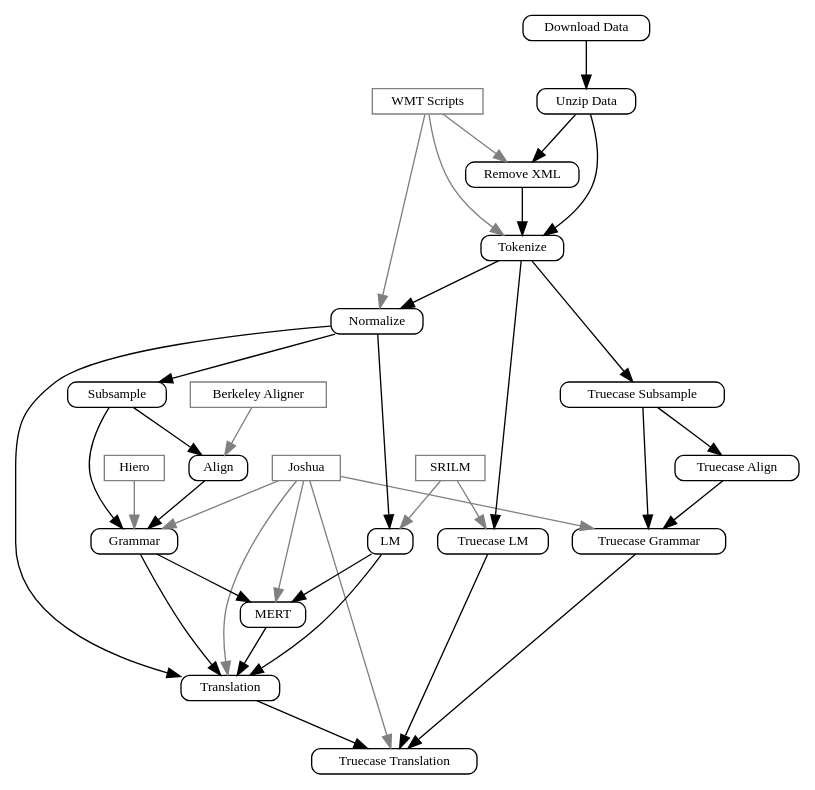
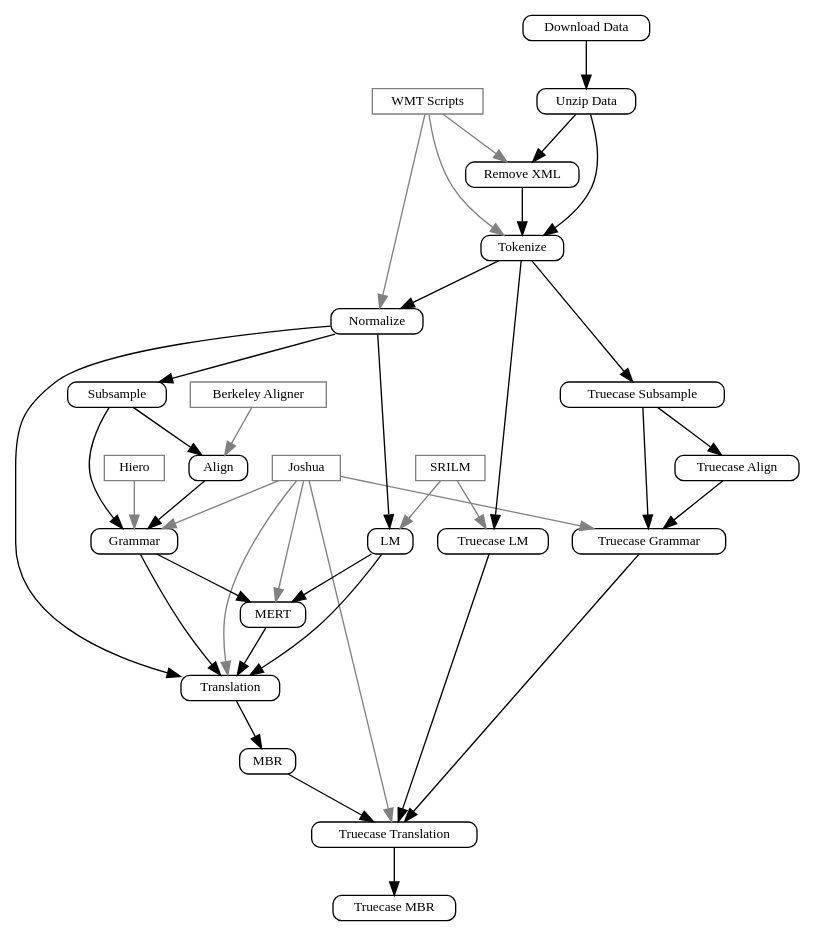
Before and after one commit to dowobeha/joshua-publications: the diagram in papers/wmt10.pipeline/figure.dot, drawn with Graphviz. The commit also changed 1 other file, not shown here.

```diff
--- a/papers/wmt10.pipeline/figure.dot
+++ b/papers/wmt10.pipeline/figure.dot
@@ -1,92 +1,101 @@
 digraph G {
 
 		// We want all the shapes to be rounded rectangles
 		node[shape=box, style=rounded,fontsize=10,height=0,width=0,textwidth=1];
 
 	//subgraph clusterTools  { label="Tools"; 
 		Scripts [style=solid,color=grey,label="WMT Scripts"]
 		SRILM [style=solid,color=grey,label="SRILM"]
 		BerkeleyAligner [style=solid,color=grey,label="Berkeley Aligner"]
 		Hiero [style=solid,color=grey]
 		Joshua [style=solid,color=grey]
 	//}
 
 	//subgraph clusterPreprocess { label="Preprocess Data";
 		OriginalData [label="Download Data"]
 		OriginalDataUnzipped [label="Unzip Data"]
 		RemoveXML [label="Remove XML"]
 		Tokenize
 		Normalize
 	//	}
 		
 	//	subgraph clusterTrain { label="Train Models"
 			LM [label="LM"]
 			Subsample
 			Align
 			Grammar
 			MERT
 	//	}
 		
 				
 	//	subgraph clusterTrainRecase { label="Train Recaser"
 			RecaseLM [label="Truecase LM"]
 			RecaseSubsample [label="Truecase Subsample"]
 			RecaseAlign [label="Truecase Align"]
 			RecaseGrammar [label="Truecase Grammar"]
 	//	}
 		
 	//	subgraph clusterTranslate {
 			Translate [label="Translation"]
+			MBR
 			Recase [label="Truecase Translation"]
+			RecaseMBR [label="Truecase MBR"]
 	//	}
 		
 		// Preprocessing dependencies
 		OriginalData -> OriginalDataUnzipped	
 		OriginalDataUnzipped -> RemoveXML
 		OriginalDataUnzipped -> Tokenize
 		RemoveXML -> Tokenize
 		Tokenize -> Normalize
 
 		Normalize -> LM
 		Normalize -> Subsample
 		Subsample -> Align
 		Subsample -> Grammar
 		Align -> Grammar
 		Grammar -> MERT
 		LM -> MERT
 		
 		MERT -> Translate
 		Grammar -> Translate
 		LM -> Translate
 		Normalize -> Translate
 		
 		Tokenize -> RecaseLM
 		Tokenize -> RecaseSubsample
 		RecaseSubsample -> RecaseAlign
 		RecaseSubsample -> RecaseGrammar
 
 		RecaseAlign -> RecaseGrammar
 		RecaseGrammar -> Recase
 		RecaseLM -> Recase
 
-		Translate -> Recase
+		Translate -> MBR
+		MBR -> Recase
+		Recase -> RecaseMBR
+
+
 
 		// Preprocessing tools dependencies
 		Scripts -> RemoveXML [color=grey]
 		Scripts -> Tokenize [color=grey]
 		Scripts -> Normalize [color=grey]
 		
 		SRILM -> LM [color=grey]
 		SRILM -> RecaseLM [color=grey]
 		
 		BerkeleyAligner -> Align [color=grey]
 		
 		Hiero -> Grammar [color=grey]
 		Joshua -> Grammar [color=grey]
 		
 		Joshua -> MERT [color=grey]
 		Joshua -> Translate [color=grey]
 		Joshua -> Recase [color=grey]
 		Joshua -> RecaseGrammar [color=grey]
 		
+		//Joshua -> Subsample [color=grey]
+		//Joshua -> RecaseSubsample [color=grey]
+
 		}
```
